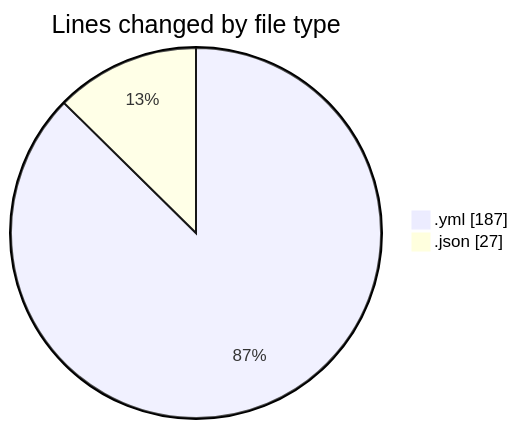
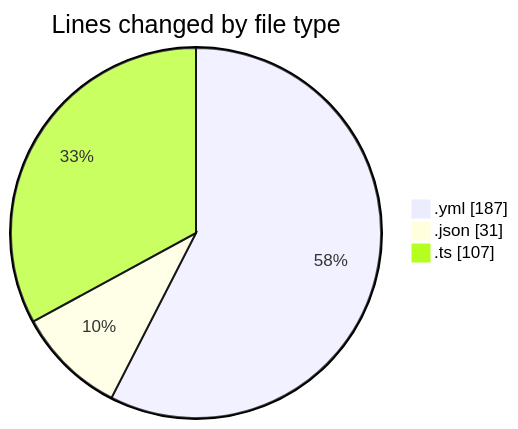
One commit to donsfak/code-tracking changed the first of 2 diagrams in 2025-02-10/maps_clone/README.md. Above: the diagram before and after it, drawn with Mermaid. The commit also changed other lines of this file and 1 other file, not shown here.

````diff
--- a/2025-02-10/maps_clone/README.md
+++ b/2025-02-10/maps_clone/README.md
@@ -22,6 +23,7 @@
 ```mermaid
 pie showData
 title Lines changed by file type
 ".yml" : 187
-".json" : 27
+".json" : 31
+".ts" : 107
 ```
````
